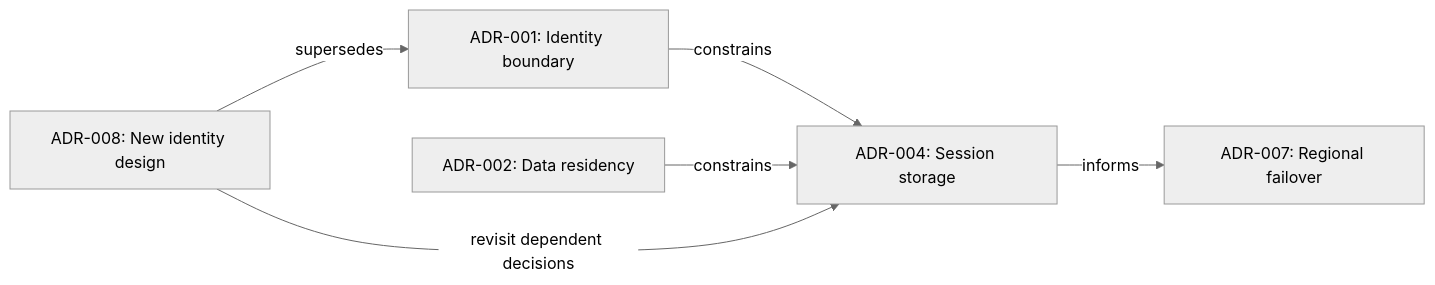
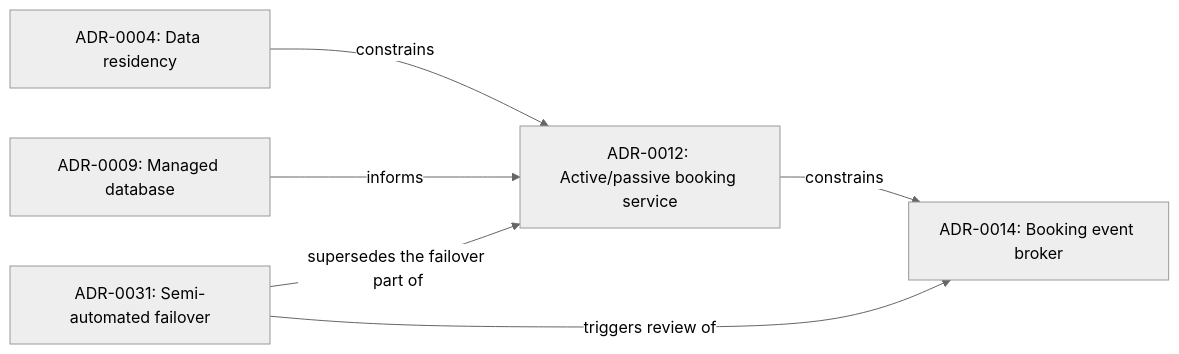
One commit to joydasss/Architect changed the seventh of 13 diagrams in 21_Architecture_Documentation/CH03_ADR_Architecture_Decision_Record.md. Above: the diagram before and after it, drawn with Mermaid (neutral theme). The commit also changed other lines of this file and 22 other files, not shown here.

Commit message:
Architecture changes

````diff
--- a/21_Architecture_Documentation/CH03_ADR_Architecture_Decision_Record.md
+++ b/21_Architecture_Documentation/CH03_ADR_Architecture_Decision_Record.md
@@ -63,8 +467,8 @@
 ```mermaid
 flowchart LR
-    ADR001[ADR-001: Identity boundary] -->|constrains| ADR004[ADR-004: Session storage]
-    ADR002[ADR-002: Data residency] -->|constrains| ADR004
-    ADR004 -->|informs| ADR007[ADR-007: Regional failover]
-    ADR008[ADR-008: New identity design] -->|supersedes| ADR001
-    ADR008 -->|revisit dependent decisions| ADR004
+    ADR0004["ADR-0004: Data residency"] -->|constrains| ADR0012["ADR-0012: Active/passive booking service"]
+    ADR0009["ADR-0009: Managed database"] -->|informs| ADR0012
+    ADR0012 -->|constrains| ADR0014["ADR-0014: Booking event broker"]
+    ADR0031["ADR-0031: Semi-automated failover"] -->|"supersedes the failover part of"| ADR0012
+    ADR0031 -->|"triggers review of"| ADR0014
 ```
````
